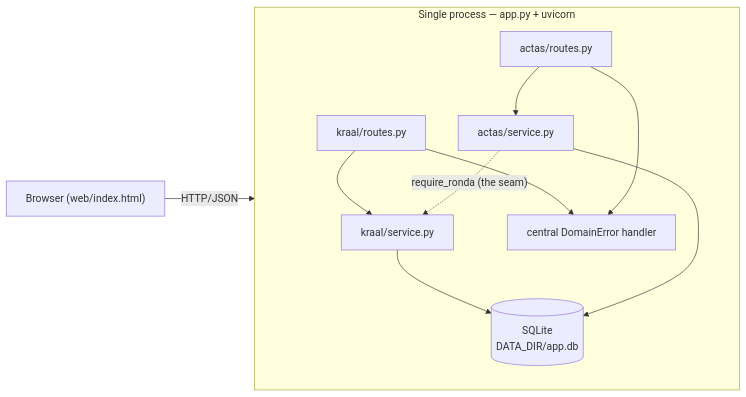
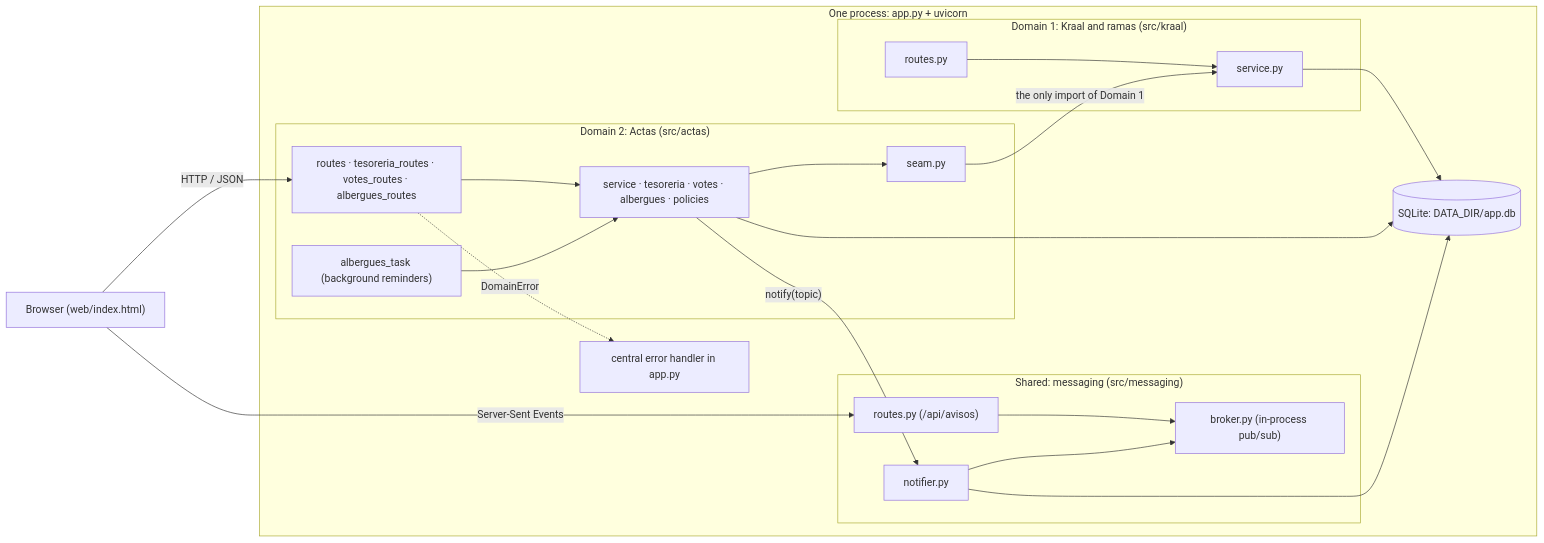
One commit to oliespineira/guidesSystem changed the first of 2 diagrams in README.md. Above: the diagram before and after it, drawn with Mermaid. The commit also changed other lines of this file, not shown here.

````diff
--- a/README.md
+++ b/README.md
@@ -83,13 +177,26 @@
 ```mermaid
 flowchart LR
-  Browser["Browser (web/index.html)"] -->|HTTP/JSON| App
+  Browser["Browser (web/index.html)"] -->|"HTTP / JSON"| Routes
+  Browser -->|"Server-Sent Events"| Stream
 
-  subgraph App["Single process — app.py + uvicorn"]
-    KR["kraal/routes.py"] --> KS["kraal/service.py"]
-    AR["actas/routes.py"] --> AS["actas/service.py"]
-    AS -. "require_ronda (the seam)" .-> KS
-    KS --> DB[("SQLite\nDATA_DIR/app.db")]
+  subgraph App["One process: app.py + uvicorn"]
+    subgraph D1["Domain 1: Kraal and ramas (src/kraal)"]
+      KR["routes.py"] --> KS["service.py"]
+    end
+    subgraph D2["Domain 2: Actas (src/actas)"]
+      Routes["routes · tesoreria_routes · votes_routes · albergues_routes"] --> AS["service · tesoreria · votes · albergues · policies"]
+      AS --> Seam["seam.py"]
+      Task["albergues_task (background reminders)"] --> AS
+    end
+    subgraph M["Shared: messaging (src/messaging)"]
+      Stream["routes.py (/api/avisos)"] --> Broker["broker.py (in-process pub/sub)"]
+      Notifier["notifier.py"] --> Broker
+    end
+    Seam -->|"the only import of Domain 1"| KS
+    AS -->|"notify(topic)"| Notifier
+    KS --> DB[("SQLite: DATA_DIR/app.db")]
     AS --> DB
-    KR & AR --> EH["central DomainError handler"]
+    Notifier --> DB
+    Routes -. "DomainError" .-> EH["central error handler in app.py"]
   end
 ```
````
